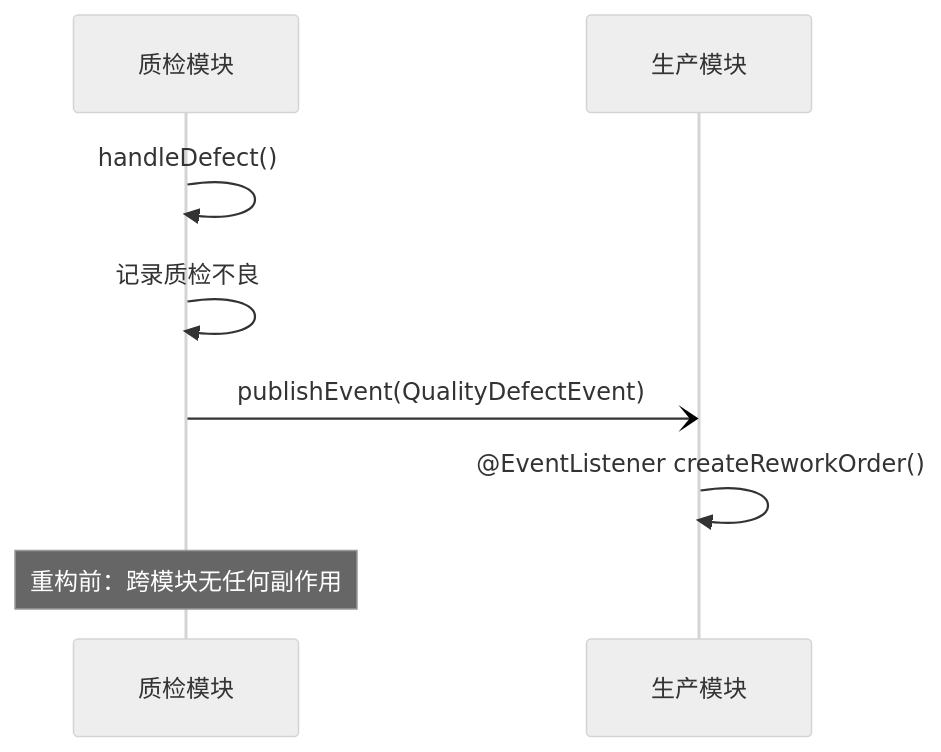
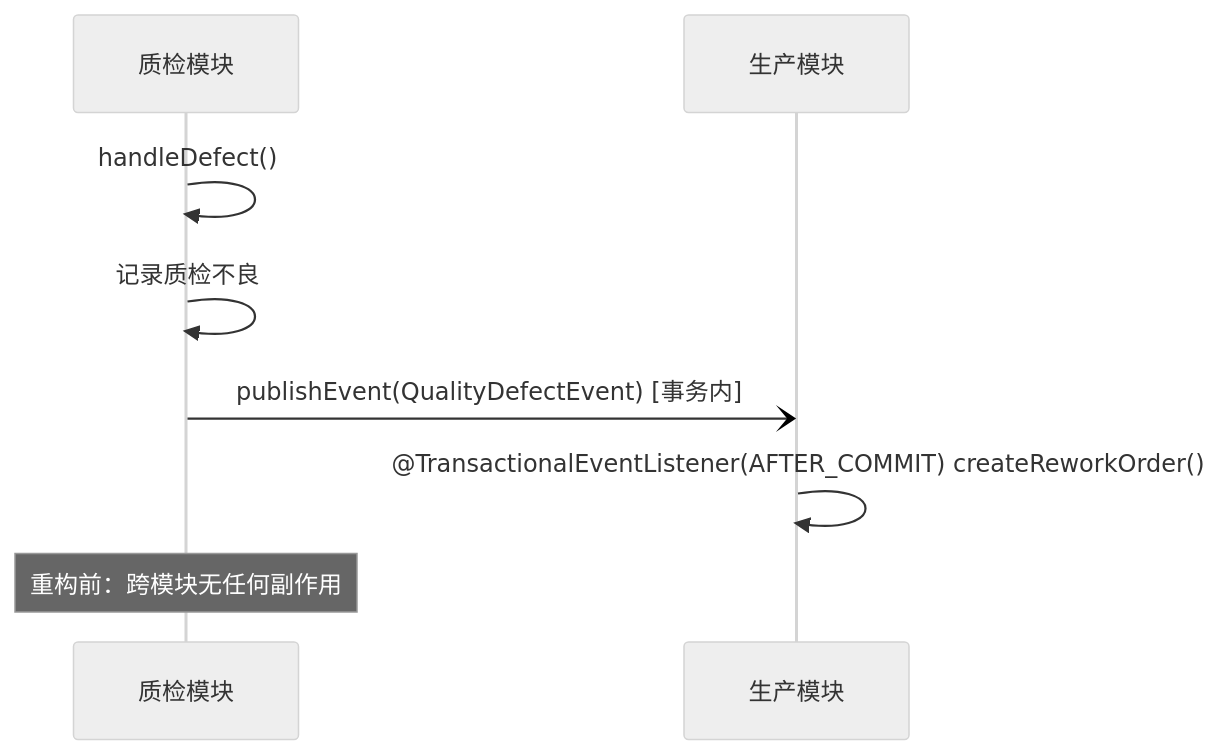
The third of 3 diagrams in case-studies/spring-events-decoupling/README.md (StevenTsai/distribution-architecture), drawn with Mermaid (neutral theme) before and after one commit. The commit also changed other lines of this file and 36 other files, not shown here.

````diff
--- a/case-studies/spring-events-decoupling/README.md
+++ b/case-studies/spring-events-decoupling/README.md
@@ -56,10 +56,10 @@
 ```mermaid
 sequenceDiagram
     participant Q as 质检模块
     participant P as 生产模块
     Q->>Q: handleDefect()
     Q->>Q: 记录质检不良
-    Q-)P: publishEvent(QualityDefectEvent)
-    P->>P: @EventListener createReworkOrder()
+    Q-)P: publishEvent(QualityDefectEvent) [事务内]
+    P->>P: @TransactionalEventListener(AFTER_COMMIT) createReworkOrder()
     Note over Q: 重构前：跨模块无任何副作用
 ```
````
